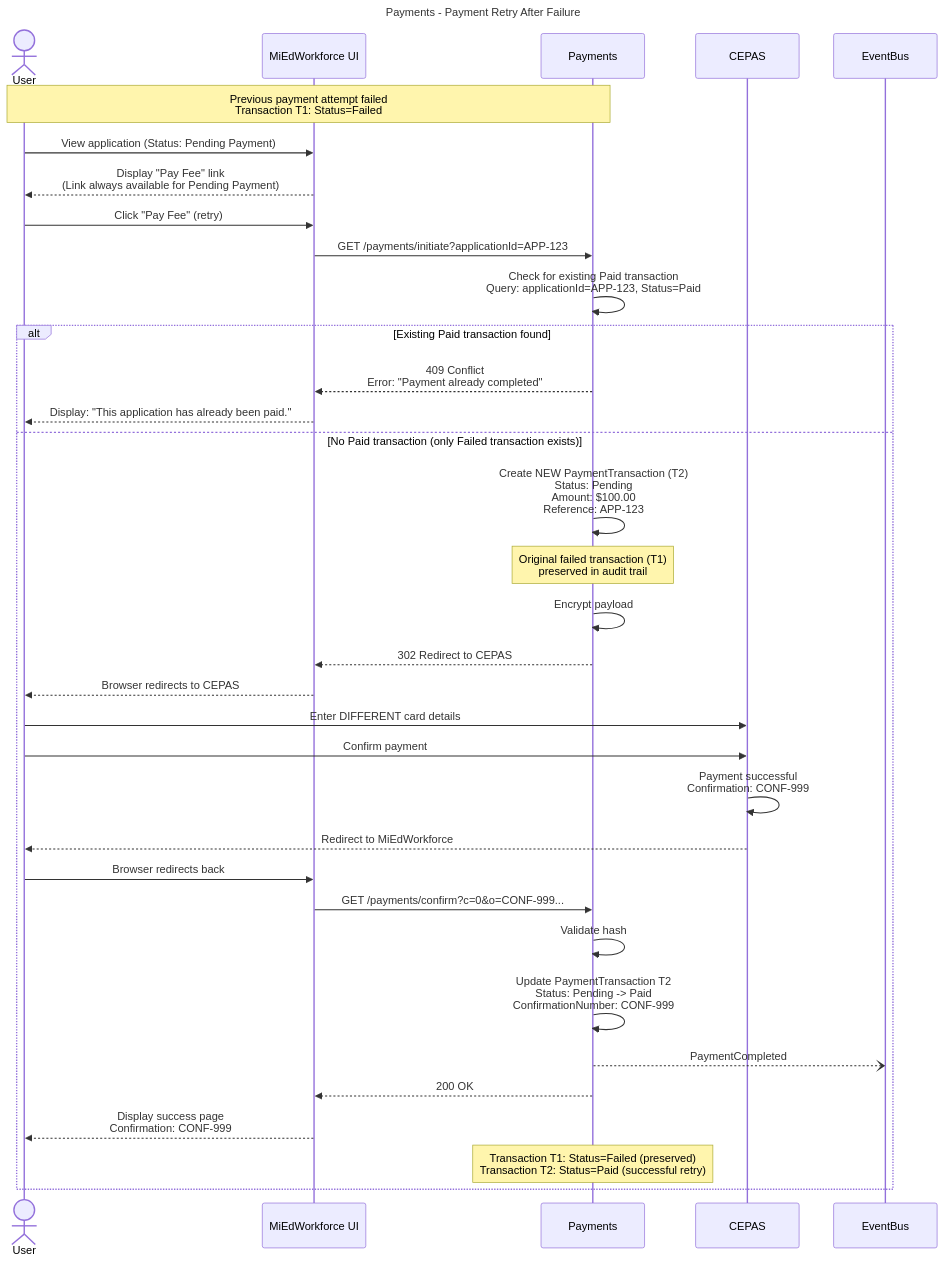
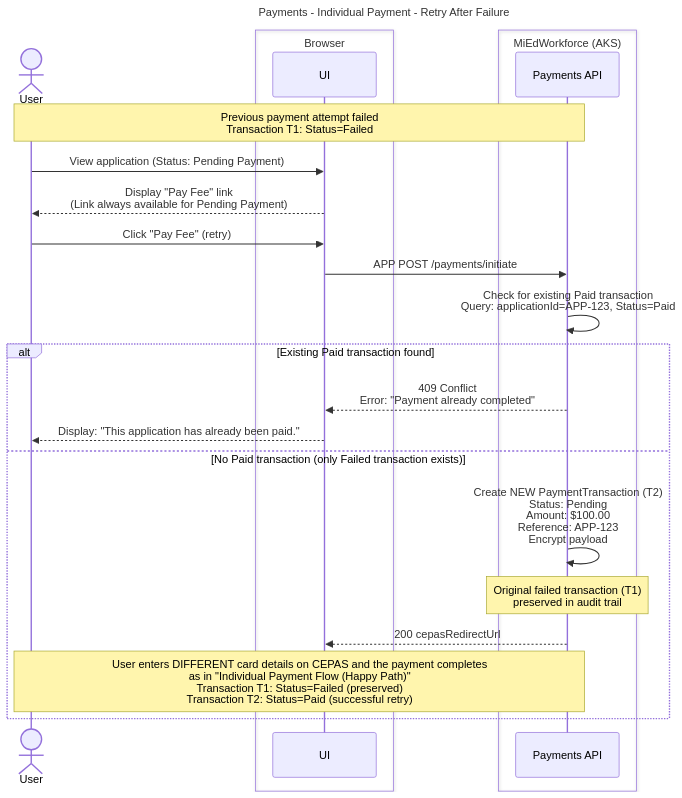
Before and after one commit to mnichols-dl/mied-design: the ninth of 11 diagrams in working-docs/solution-areas/payments/payments-sequences.md, drawn with Mermaid. The commit also changed other lines of this file and 34 other files, not shown here.

Commit message:
Update sequences and perform RTM assessment

````diff
--- a/working-docs/solution-areas/payments/payments-sequences.md
+++ b/working-docs/solution-areas/payments/payments-sequences.md
@@ -684,54 +583,37 @@
 ```mermaid
 ---
-title: Payments - Payment Retry After Failure
+title: Payments - Individual Payment - Retry After Failure
 ---
 sequenceDiagram
     actor User
-    participant UI as MiEdWorkforce UI
-    participant Payments
-    participant CEPAS
-    participant EventBus
-    
-    Note over User,Payments: Previous payment attempt failed<br/>Transaction T1: Status=Failed
-    
+    box Browser
+        participant UI
+    end
+    box MiEdWorkforce (AKS)
+        participant PayApi as Payments API
+    end
+
+    Note over User,PayApi: Previous payment attempt failed<br/>Transaction T1: Status=Failed
+
     User->>UI: View application (Status: Pending Payment)
     UI-->>User: Display "Pay Fee" link<br/>(Link always available for Pending Payment)
-    
+
     User->>UI: Click "Pay Fee" (retry)
-    UI->>Payments: GET /payments/initiate?applicationId=APP-123
-    
-    Payments->>Payments: Check for existing Paid transaction<br/>Query: applicationId=APP-123, Status=Paid
-    
+    UI->>PayApi: APP POST /payments/initiate
+
+    PayApi->>PayApi: Check for existing Paid transaction<br/>Query: applicationId=APP-123, Status=Paid
+
     alt Existing Paid transaction found
-        Payments-->>UI: 409 Conflict<br/>Error: "Payment already completed"
+        PayApi-->>UI: 409 Conflict<br/>Error: "Payment already completed"
         UI-->>User: Display: "This application has already been paid."
-    
+
     else No Paid transaction (only Failed transaction exists)
-        Payments->>Payments: Create NEW PaymentTransaction (T2)<br/>Status: Pending<br/>Amount: $100.00<br/>Reference: APP-123
-        
-        Note over Payments: Original failed transaction (T1)<br/>preserved in audit trail
-        
-        Payments->>Payments: Encrypt payload
-        Payments-->>UI: 302 Redirect to CEPAS
-        UI-->>User: Browser redirects to CEPAS
-        
-        User->>CEPAS: Enter DIFFERENT card details
-        User->>CEPAS: Confirm payment
-        
-        CEPAS->>CEPAS: Payment successful<br/>Confirmation: CONF-999
-        
-        CEPAS-->>User: Redirect to MiEdWorkforce
-        User->>UI: Browser redirects back
-        UI->>Payments: GET /payments/confirm?c=0&o=CONF-999...
-        
-        Payments->>Payments: Validate hash
-        Payments->>Payments: Update PaymentTransaction T2<br/>Status: Pending -> Paid<br/>ConfirmationNumber: CONF-999
-        
-        Payments--)EventBus: PaymentCompleted
-        
-        Payments-->>UI: 200 OK
-        UI-->>User: Display success page<br/>Confirmation: CONF-999
-        
-        Note over Payments: Transaction T1: Status=Failed (preserved)<br/>Transaction T2: Status=Paid (successful retry)
+        PayApi->>PayApi: Create NEW PaymentTransaction (T2)<br/>Status: Pending<br/>Amount: $100.00<br/>Reference: APP-123<br/>Encrypt payload
+
+        Note over PayApi: Original failed transaction (T1)<br/>preserved in audit trail
+
+        PayApi-->>UI: 200 cepasRedirectUrl
+
+        Note over User,PayApi: User enters DIFFERENT card details on CEPAS and the payment completes<br/>as in "Individual Payment Flow (Happy Path)"<br/>Transaction T1: Status=Failed (preserved)<br/>Transaction T2: Status=Paid (successful retry)
     end
 ```
````
